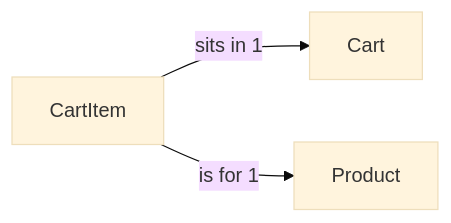
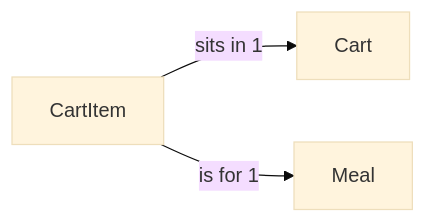
One commit to rachelwong/preppers changed the diagram in docs/data-model/entities/cart-item.md. Above: the diagram before and after it, drawn with Mermaid (base theme). The commit also changed other lines of this file and 44 other files, not shown here.

````diff
--- a/docs/data-model/entities/cart-item.md
+++ b/docs/data-model/entities/cart-item.md
@@ -15,5 +15,5 @@
 ```mermaid
 flowchart LR
   CI[CartItem] -->|"sits in 1"| C[Cart]
-  CI -->|"is for 1"| P[Product]
+  CI -->|"is for 1"| P[Meal]
 ```
````
